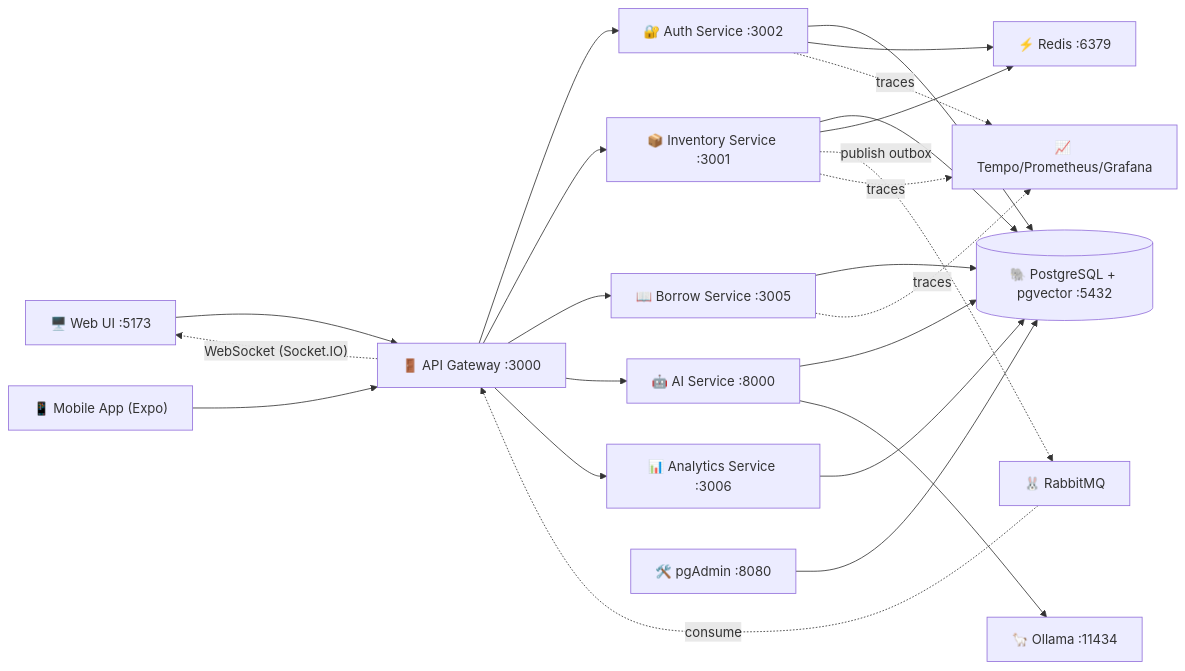
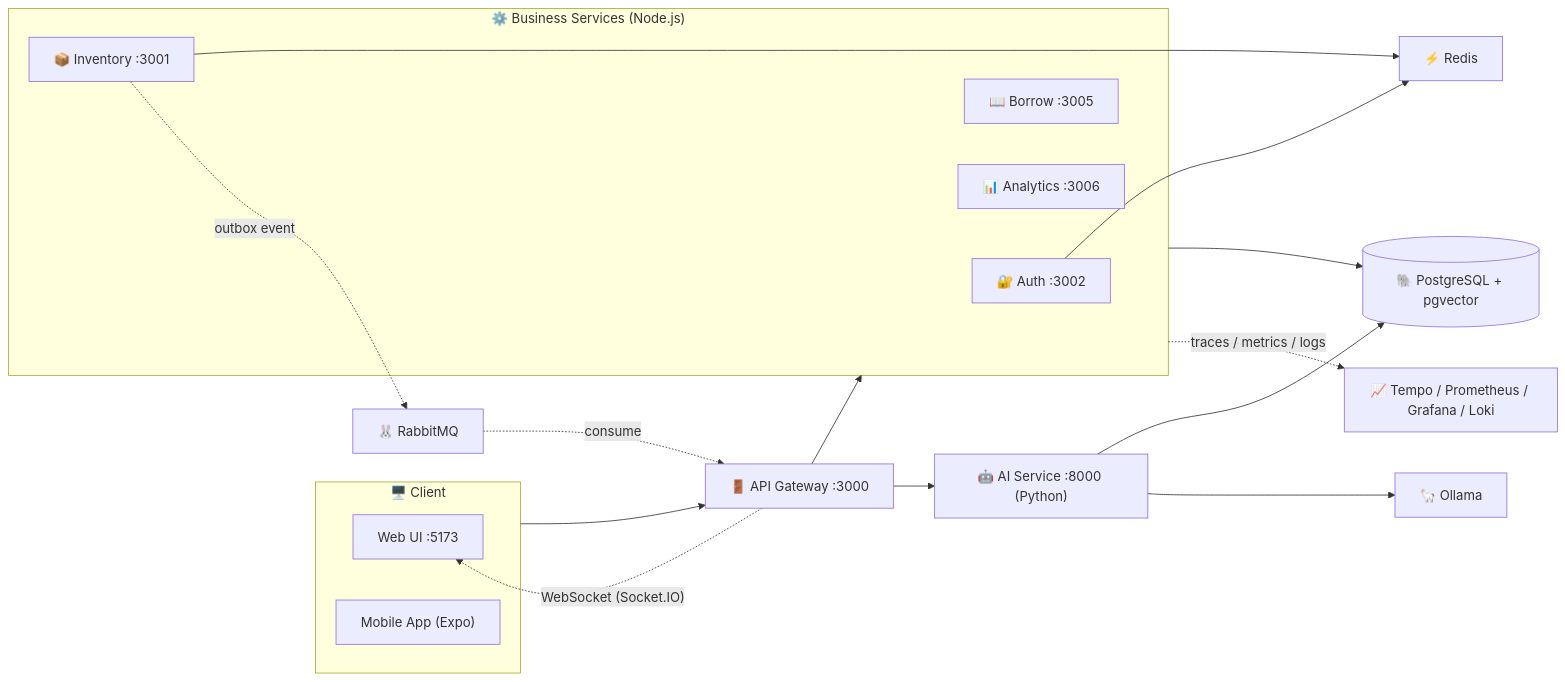
The first of 2 diagrams in README.md (vinhhung04/smartbook-system), drawn with Mermaid before and after one commit. The commit also changed other lines of this file, not shown here.

Commit message:
docs: gon gang so do kien truc bang subgraph, sua anchor link
Gom Client va Business Services (Node.js) thanh subgraph de giam
duong noi cheo nhau, bo pgAdmin khoi so do (da co trong bang Service
Catalog). AI Service tach rieng vi khong dung chung tracing voi cac
service Node.js. Sua anchor link "#-ai"/"#-observability" thanh dung
quy tac slug cua GitHub ("#ai"/"#observability").

````diff
--- a/README.md
+++ b/README.md
@@ -163,32 +163,39 @@
 ```mermaid
 flowchart LR
-    UI["🖥️ Web UI :5173"] --> GW["🚪 API Gateway :3000"]
-    MOB["📱 Mobile App (Expo)"] --> GW
+    subgraph Client["🖥️ Client"]
+        UI["Web UI :5173"]
+        MOB["Mobile App (Expo)"]
+    end
 
-    GW --> AUTH["🔐 Auth Service :3002"]
-    GW --> INV["📦 Inventory Service :3001"]
-    GW --> BORROW["📖 Borrow Service :3005"]
-    GW --> AI["🤖 AI Service :8000"]
-    GW --> ANA["📊 Analytics Service :3006"]
+    GW["🚪 API Gateway :3000"]
 
-    AUTH --> PG[("🐘 PostgreSQL + pgvector :5432")]
-    INV --> PG
-    BORROW --> PG
-    ANA --> PG
+    subgraph Core["⚙️ Business Services (Node.js)"]
+        AUTH["🔐 Auth :3002"]
+        INV["📦 Inventory :3001"]
+        BORROW["📖 Borrow :3005"]
+        ANA["📊 Analytics :3006"]
+    end
+
+    AI["🤖 AI Service :8000 (Python)"]
+
+    PG[("🐘 PostgreSQL + pgvector")]
+    REDIS["⚡ Redis"]
+    MQ["🐰 RabbitMQ"]
+    OLLAMA["🦙 Ollama"]
+    OBS["📈 Tempo / Prometheus / Grafana / Loki"]
+
+    Client --> GW
+    GW --> Core
+    GW --> AI
+
+    Core --> PG
     AI --> PG
+    AUTH --> REDIS
+    INV --> REDIS
+    AI --> OLLAMA
 
-    AUTH --> REDIS["⚡ Redis :6379"]
-    INV --> REDIS
-
-    INV -. publish outbox .-> MQ["🐰 RabbitMQ"]
-    MQ -. consume .-> GW
-
-    AI --> OLLAMA["🦙 Ollama :11434"]
-    PGADMIN["🛠️ pgAdmin :8080"] --> PG
+    INV -. "outbox event" .-> MQ -. consume .-> GW
+    Core -. "traces / metrics / logs" .-> OBS
 
     GW -. "WebSocket (Socket.IO)" .-> UI
-
-    AUTH -. traces .-> TEMPO["📈 Tempo/Prometheus/Grafana"]
-    INV -. traces .-> TEMPO
-    BORROW -. traces .-> TEMPO
 ```
````
